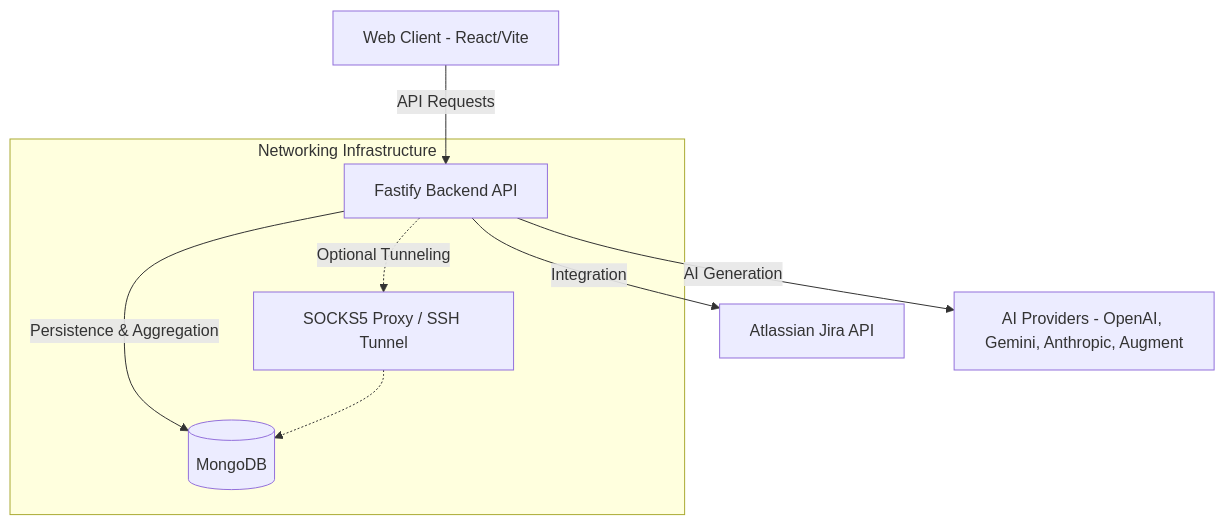
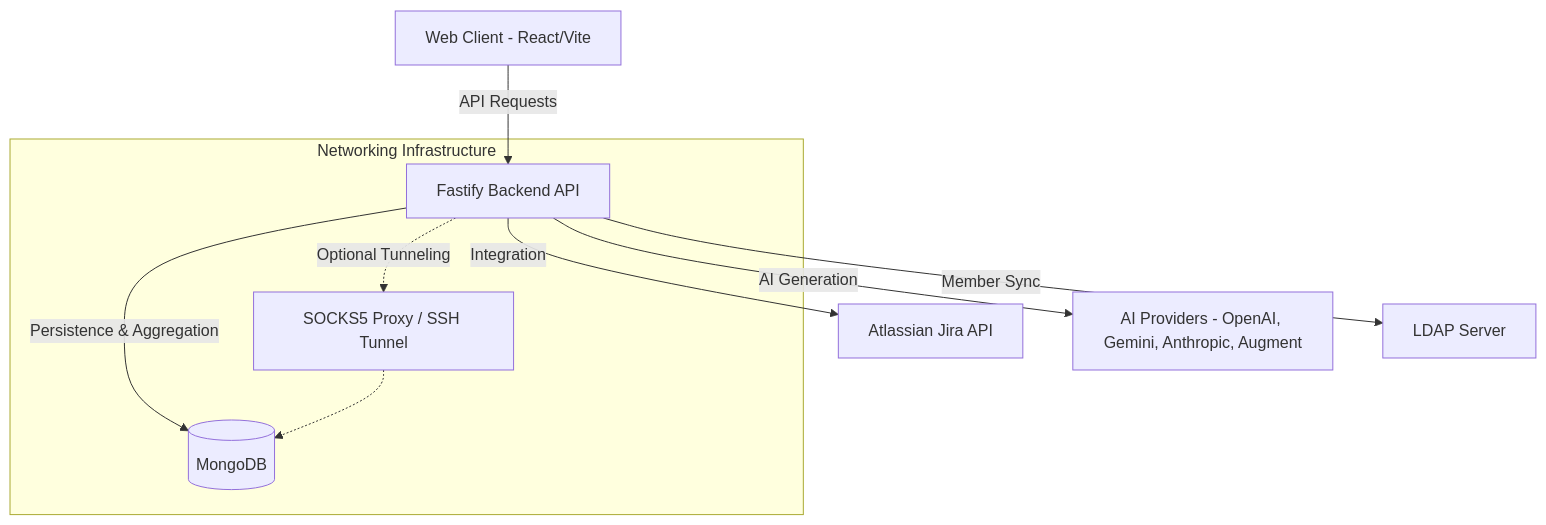
Before and after one commit to AlesKracik/ValueStream-DependencyTree: the first of 4 diagrams in doc/ARCHITECTURE.md, drawn with Mermaid. The commit also changed other lines of this file and 14 other files, not shown here.

First line of the commit message:
feat: Add team member management with LDAP sync

````diff
--- a/doc/ARCHITECTURE.md
+++ b/doc/ARCHITECTURE.md
@@ -9,19 +9,21 @@
 ```mermaid
 graph TD
     Client[Web Client - React/Vite]
     Backend[Fastify Backend API]
     Mongo[(MongoDB)]
     Jira[Atlassian Jira API]
     AI[AI Providers - OpenAI, Gemini, Anthropic, Augment]
+    LDAP[LDAP Server]
 
     Client -->|API Requests| Backend
     Backend -->|Persistence & Aggregation| Mongo
     Backend -->|Integration| Jira
     Backend -->|AI Generation| AI
+    Backend -->|Member Sync| LDAP
     
     subgraph "Networking Infrastructure"
         Proxy[SOCKS5 Proxy / SSH Tunnel]
         Backend -.->|Optional Tunneling| Proxy
         Proxy -.-> Mongo
     end
 ```
````
